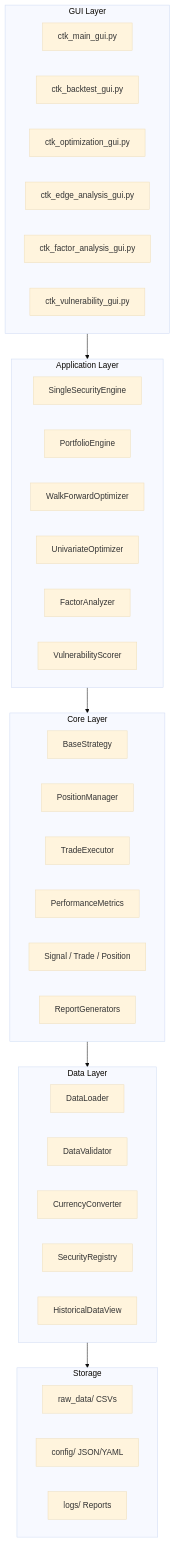
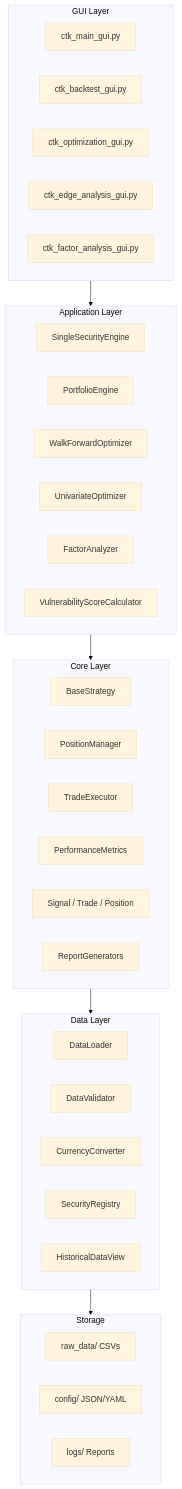
Before and after one commit to rzeminski16-cell/BackTestingFramework: the diagram in docs/Implementation/Architecture Overview.md, drawn with Mermaid (base theme). The commit also changed other lines of this file and 48 other files, not shown here.

````diff
--- a/docs/Implementation/Architecture Overview.md
+++ b/docs/Implementation/Architecture Overview.md
@@ -17,48 +17,47 @@
 ```mermaid
 graph TB
     subgraph GUI["GUI Layer"]
         A1[ctk_main_gui.py]
         A2[ctk_backtest_gui.py]
         A3[ctk_optimization_gui.py]
         A4[ctk_edge_analysis_gui.py]
         A5[ctk_factor_analysis_gui.py]
-        A6[ctk_vulnerability_gui.py]
     end
 
     subgraph APP["Application Layer"]
         B1[SingleSecurityEngine]
         B2[PortfolioEngine]
         B3[WalkForwardOptimizer]
         B4[UnivariateOptimizer]
         B5[FactorAnalyzer]
-        B6[VulnerabilityScorer]
+        B6[VulnerabilityScoreCalculator]
     end
 
     subgraph CORE["Core Layer"]
         C1[BaseStrategy]
         C2[PositionManager]
         C3[TradeExecutor]
         C4[PerformanceMetrics]
         C5[Signal / Trade / Position]
         C6[ReportGenerators]
     end
 
     subgraph DATA["Data Layer"]
         D1[DataLoader]
         D2[DataValidator]
         D3[CurrencyConverter]
         D4[SecurityRegistry]
         D5[HistoricalDataView]
     end
 
     subgraph STORAGE["Storage"]
         E1[raw_data/ CSVs]
         E2[config/ JSON/YAML]
         E3[logs/ Reports]
     end
 
     GUI --> APP
     APP --> CORE
     CORE --> DATA
     DATA --> STORAGE
 ```
````
